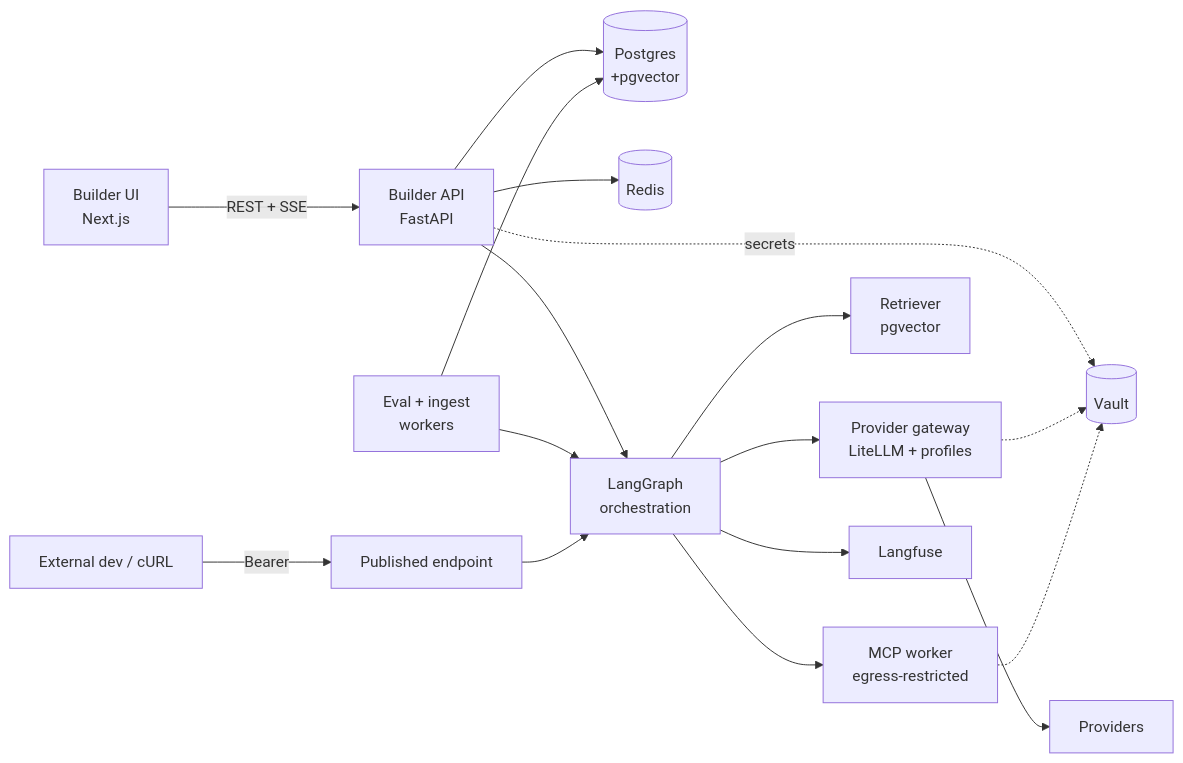
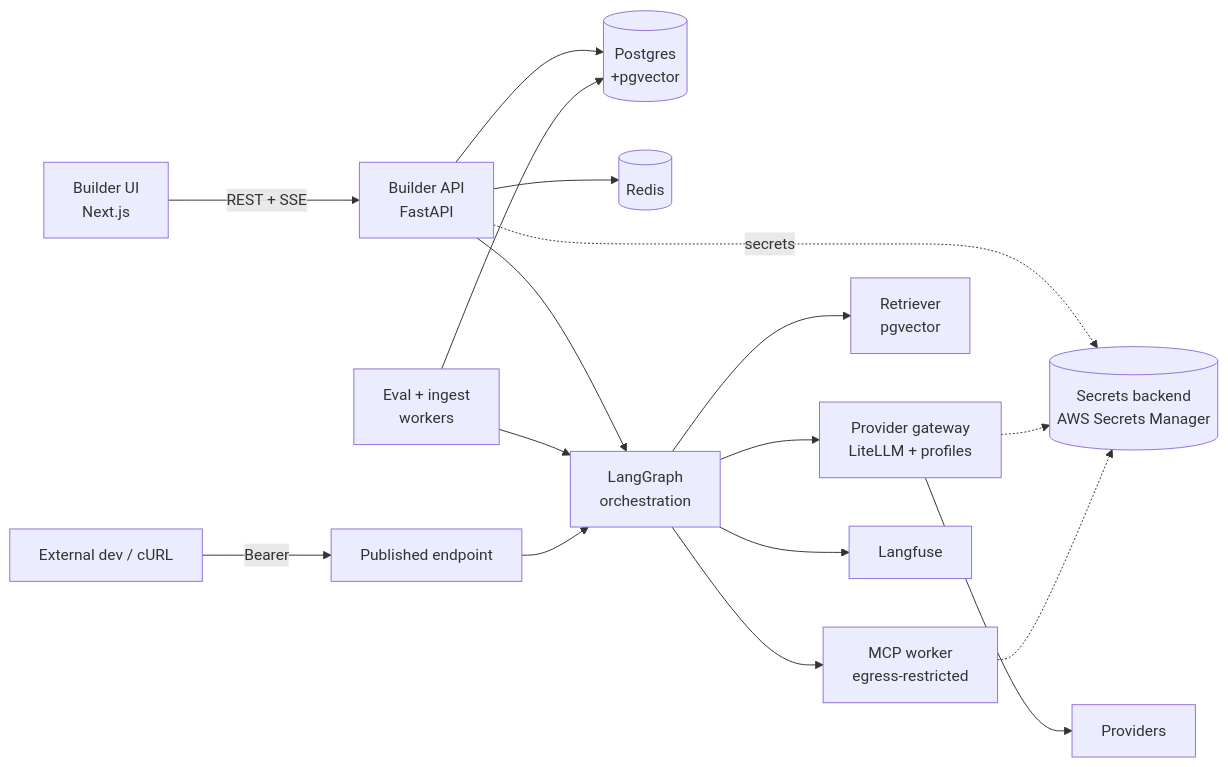
Before and after one commit to gargraman/agent-catalyst: the third of 3 diagrams in docs/spec.md, drawn with Mermaid. The commit also changed other lines of this file and 72 other files, not shown here.

````diff
--- a/docs/spec.md
+++ b/docs/spec.md
@@ -236,19 +236,19 @@
 ```mermaid
 flowchart LR
   UI[Builder UI<br/>Next.js] -->|REST + SSE| API[Builder API<br/>FastAPI]
   API --> PG[(Postgres<br/>+pgvector)]
   API --> REDIS[(Redis)]
   API --> ORCH[LangGraph<br/>orchestration]
   ORCH --> GW[Provider gateway<br/>LiteLLM + profiles]
   ORCH --> RET[Retriever<br/>pgvector]
   ORCH --> MCPW[MCP worker<br/>egress-restricted]
   GW --> PROV[Providers]
   WORKER[Eval + ingest<br/>workers] --> ORCH
   WORKER --> PG
   PUB[Published endpoint] --> ORCH
   EXT[External dev / cURL] -->|Bearer| PUB
-  API -.->|secrets| VAULT[(Vault)]
+  API -.->|secrets| VAULT[(Secrets backend<br/>AWS Secrets Manager)]
   GW -.-> VAULT
   MCPW -.-> VAULT
   ORCH --> OBS[Langfuse]
 ```
````
